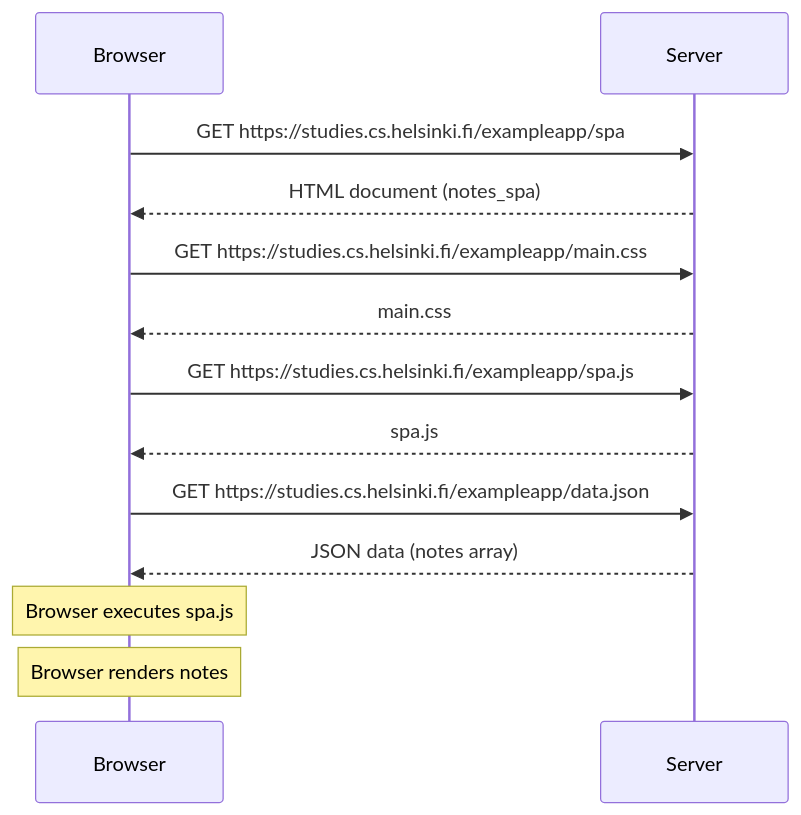
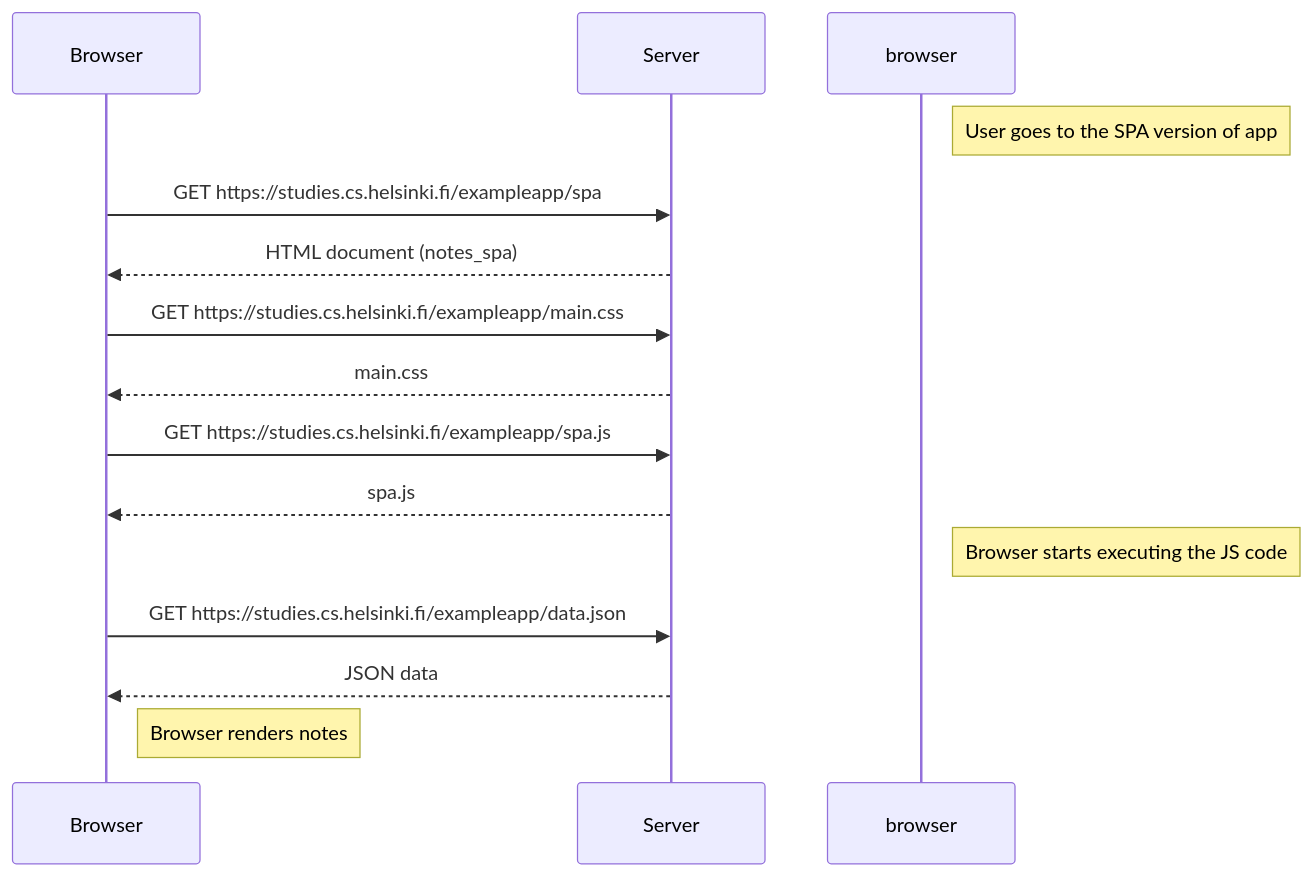
One commit to karnaker/fullstackopen-exercises changed the diagram in part0/0.5-spa-diagram.md. Above: the diagram before and after it, drawn with Mermaid. The commit also changed 1 other file, not shown here.

Commit message:
Solve 0.5-0.6: Update diagrams

````diff
--- a/part0/0.5-spa-diagram.md
+++ b/part0/0.5-spa-diagram.md
@@ -1,16 +1,18 @@
 ```mermaid
 sequenceDiagram
     participant Browser
     participant Server
+
+    Note right of browser: User goes to the SPA version of app
 
     Browser->>Server: GET https://studies.cs.helsinki.fi/exampleapp/spa
     Server-->>Browser: HTML document (notes_spa)
     Browser->>Server: GET https://studies.cs.helsinki.fi/exampleapp/main.css
     Server-->>Browser: main.css
     Browser->>Server: GET https://studies.cs.helsinki.fi/exampleapp/spa.js
     Server-->>Browser: spa.js
+    Note right of browser: Browser starts executing the JS code
     Browser->>Server: GET https://studies.cs.helsinki.fi/exampleapp/data.json
-    Server-->>Browser: JSON data (notes array)
-    Note over Browser: Browser executes spa.js
-    Note over Browser: Browser renders notes
+    Server-->>Browser: JSON data
+    Note right of Browser: Browser renders notes
 ```
````
